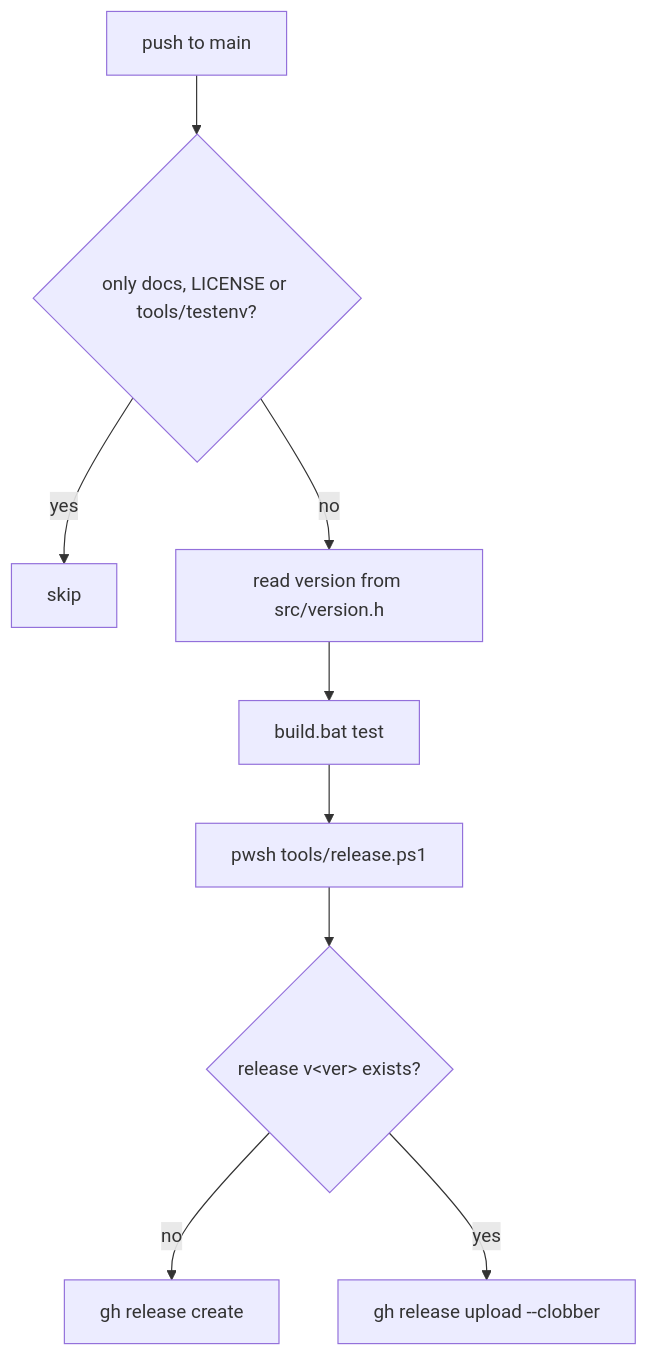
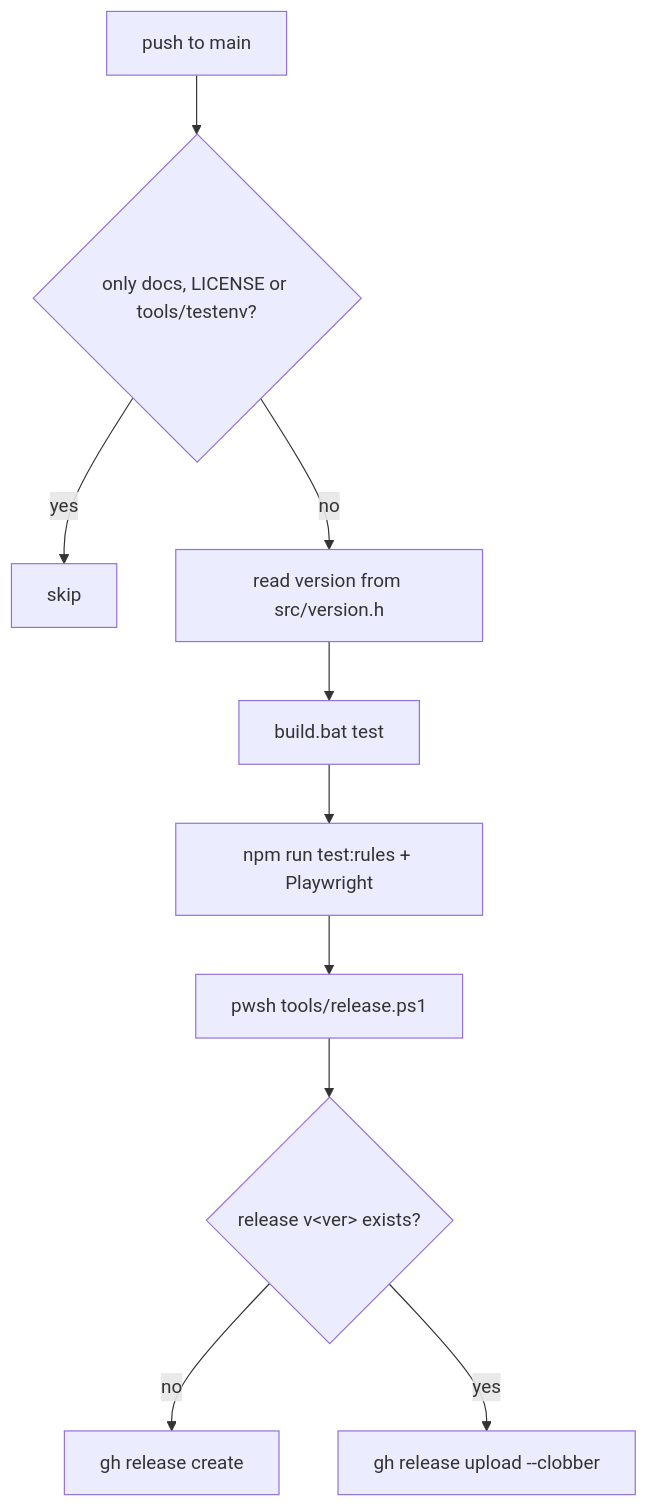
The diagram in docs/architecture/11-build-test-release.md (Maxaubert/Wind), drawn with Mermaid before and after one commit. The commit also changed other lines of this file and 4 other files, not shown here.

````diff
--- a/docs/architecture/11-build-test-release.md
+++ b/docs/architecture/11-build-test-release.md
@@ -112,11 +115,12 @@
 ```mermaid
 flowchart TD
     P[push to main] --> F{only docs, LICENSE or tools/testenv?}
     F -- yes --> S[skip]
     F -- no --> V[read version from src/version.h]
     V --> T[build.bat test]
-    T --> B[pwsh tools/release.ps1]
+    T --> UI[npm run test:rules + Playwright]
+    UI --> B[pwsh tools/release.ps1]
     B --> R{release v&lt;ver&gt; exists?}
     R -- no --> C[gh release create]
     R -- yes --> U[gh release upload --clobber]
 ```
````
